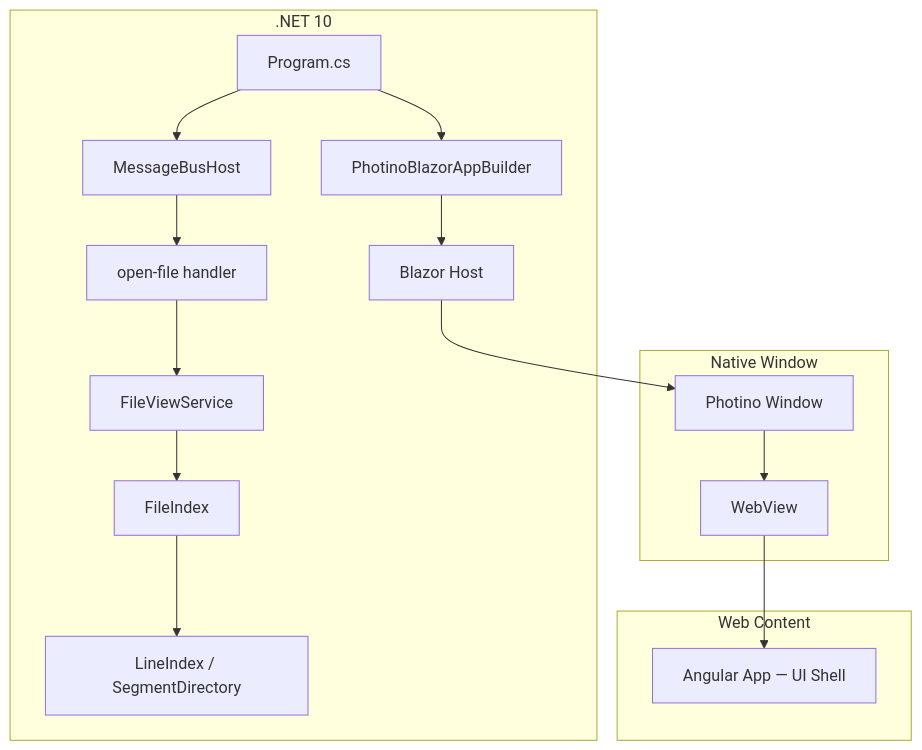
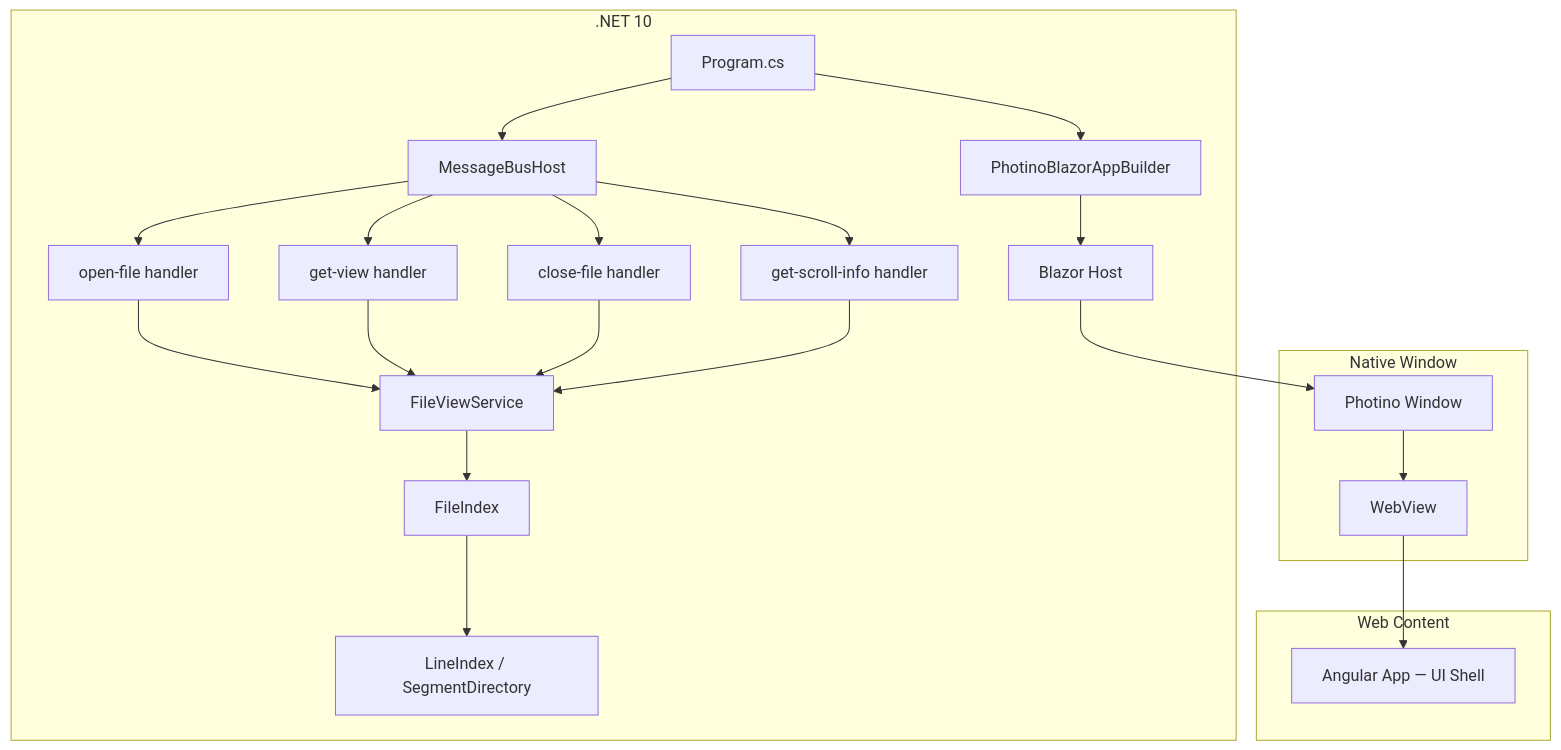
The diagram in .kiro/specs/_global/design.md (HerrDmitry/TextViewer), drawn with Mermaid before and after one commit. The commit also changed other lines of this file and 4 other files, not shown here.

````diff
--- a/.kiro/specs/_global/design.md
+++ b/.kiro/specs/_global/design.md
@@ -18,23 +20,29 @@
 ```mermaid
 graph TD
     A[Program.cs] --> B[PhotinoBlazorAppBuilder]
     B --> C[Blazor Host]
     C --> D[Photino Window]
     D --> E[WebView]
     E --> F[Angular App — UI Shell]
     A --> G[MessageBusHost]
     G --> H[open-file handler]
+    G --> H2[get-view handler]
+    G --> H3[close-file handler]
+    G --> H4[get-scroll-info handler]
     H --> I[FileViewService]
+    H2 --> I
+    H3 --> I
+    H4 --> I
     I --> J[FileIndex]
     J --> K[LineIndex / SegmentDirectory]
 
     subgraph ".NET 10"
-        A; B; C; G; H; I; J; K
+        A; B; C; G; H; H2; H3; H4; I; J; K
     end
     subgraph "Native Window"
         D; E
     end
     subgraph "Web Content"
         F
     end
 ```
````
